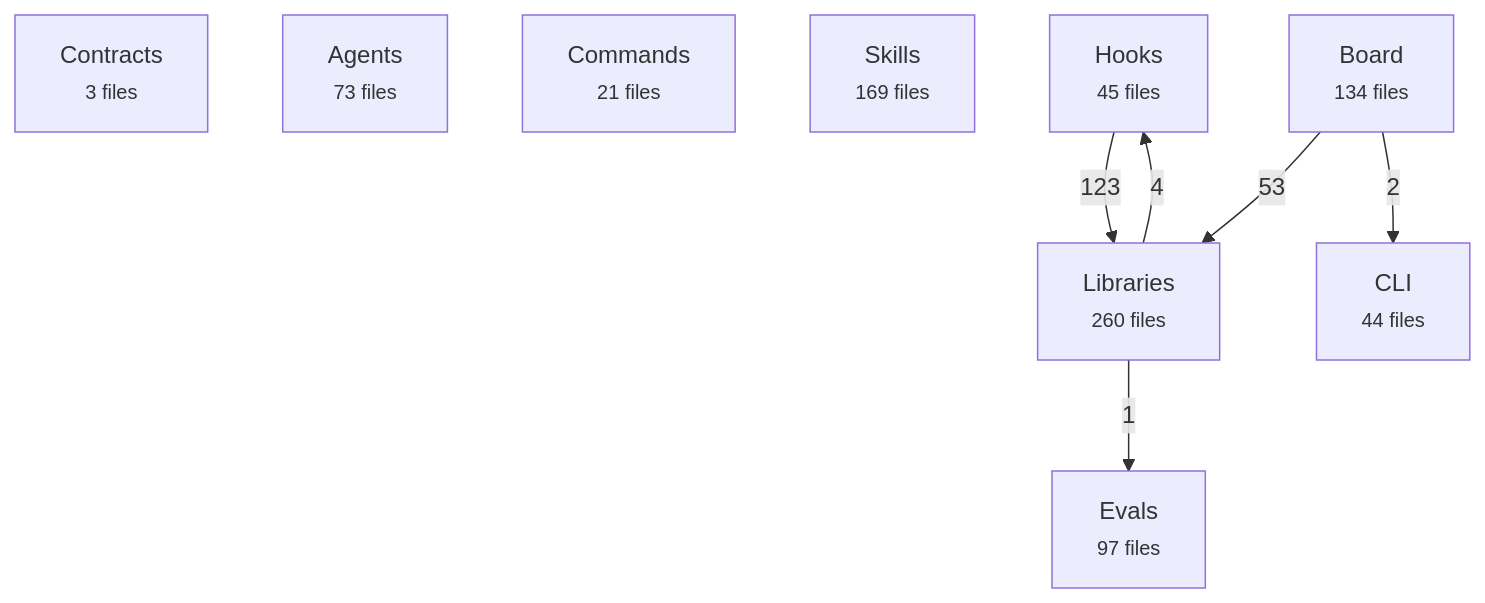
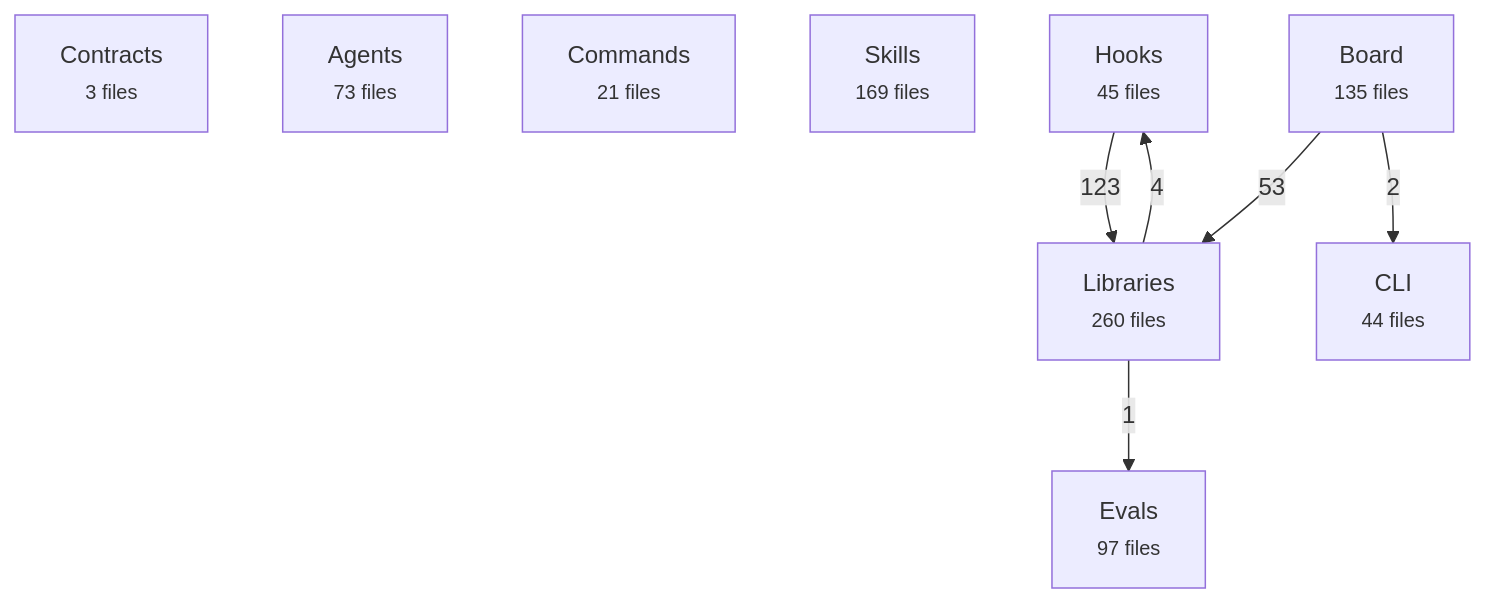
Before and after one commit to avelikiy/great_cto: the first of 2 diagrams in docs/reference/architecture-map.md, drawn with Mermaid. The commit also changed other lines of this file, not shown here.

Commit message:
docs: regenerate architecture map after merging main

````diff
--- a/docs/reference/architecture-map.md
+++ b/docs/reference/architecture-map.md
@@ -20,17 +20,17 @@
 ```mermaid
 flowchart TD
   contracts["Contracts<br/><small>3 files</small>"]
   agents["Agents<br/><small>73 files</small>"]
   commands["Commands<br/><small>21 files</small>"]
   skills["Skills<br/><small>169 files</small>"]
   hooks["Hooks<br/><small>45 files</small>"]
   libs["Libraries<br/><small>260 files</small>"]
-  board["Board<br/><small>134 files</small>"]
+  board["Board<br/><small>135 files</small>"]
   cli["CLI<br/><small>44 files</small>"]
   evals["Evals<br/><small>97 files</small>"]
   hooks -->|123| libs
   board -->|53| libs
   libs -->|4| hooks
   board -->|2| cli
   libs -->|1| evals
 ```
````
